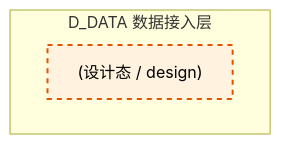
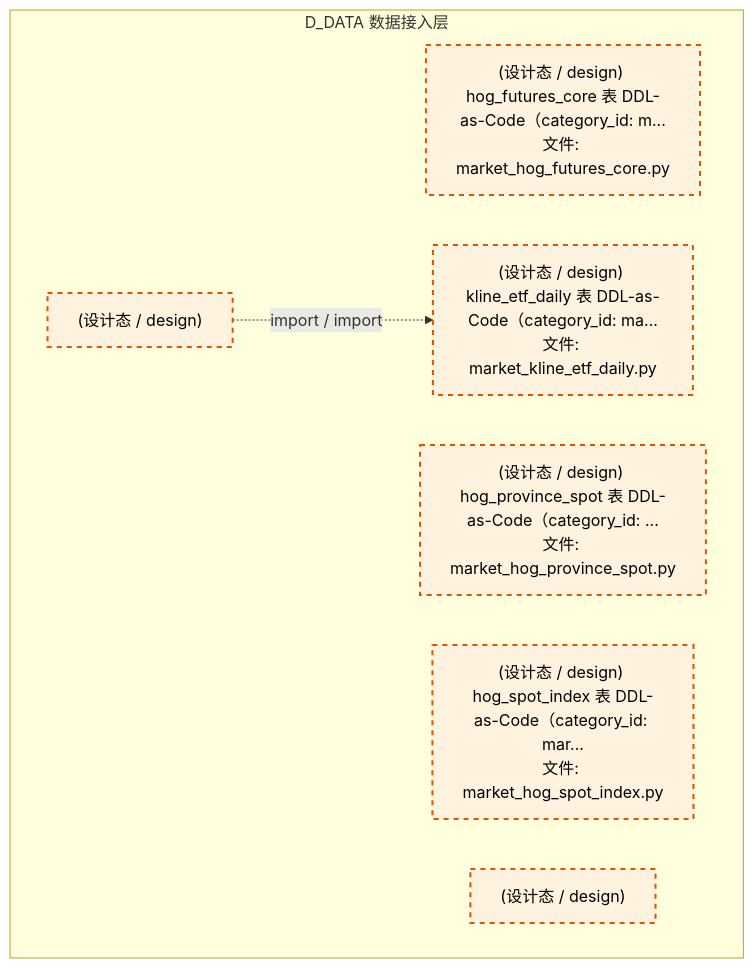
Before and after one commit to xuanFelixVan/ZephyrAlpha: the eighth of 9 diagrams in docs/02_enterprise_architecture/02_domain_architecture_docs/11_d_data.md, drawn with Mermaid. The commit also changed other lines of this file and 79 other files, not shown here.

````diff
--- a/docs/02_enterprise_architecture/02_domain_architecture_docs/11_d_data.md
+++ b/docs/02_enterprise_architecture/02_domain_architecture_docs/11_d_data.md
@@ -857,11 +1121,17 @@
 ```mermaid
 graph TD
     subgraph D_DATA["D_DATA 数据接入层"]
+        schemas_categories_market_hog_futures_core_py["(设计态 / design) hog_futures_core 表 DDL-as-Code（category_id: m...<br/>文件: market_hog_futures_core.py"]
+        schemas_categories_market_hog_province_spot_py["(设计态 / design) hog_province_spot 表 DDL-as-Code（category_id: ...<br/>文件: market_hog_province_spot.py"]
+        schemas_categories_market_hog_spot_index_py["(设计态 / design) hog_spot_index 表 DDL-as-Code（category_id: mar...<br/>文件: market_hog_spot_index.py"]
+        schemas_categories_market_kline_etf_daily_py["(设计态 / design) kline_etf_daily 表 DDL-as-Code（category_id: ma...<br/>文件: market_kline_etf_daily.py"]
         src_zephyr_data_pit_query_py["(设计态 / design) "]
+        src_zephyr_data_symbol_normalizer["(设计态 / design) "]
     end
+    src_zephyr_data_symbol_normalizer -.->|import / import| schemas_categories_market_kline_etf_daily_py
     classDef production fill:#e1f5fe,stroke:#01579b,stroke-width:2px,color:#000
     classDef design fill:#fff3e0,stroke:#e65100,stroke-width:2px,color:#000,stroke-dasharray: 5 5
     classDef external_prod fill:#e8f5e9,stroke:#1b5e20,stroke-width:1px,color:#000
     classDef external_design fill:#fce4ec,stroke:#880e4f,stroke-width:1px,color:#000,stroke-dasharray: 5 5
-    class src_zephyr_data_pit_query_py design
+    class schemas_categories_market_hog_futures_core_py,schemas_categories_market_hog_province_spot_py,schemas_categories_market_hog_spot_index_py,schemas_categories_market_kline_etf_daily_py,src_zephyr_data_pit_query_py,src_zephyr_data_symbol_normalizer design
 ```
````
